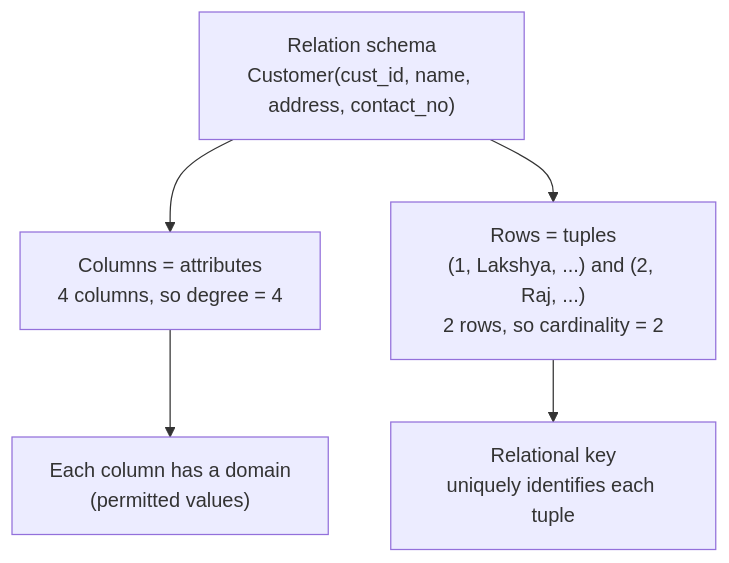
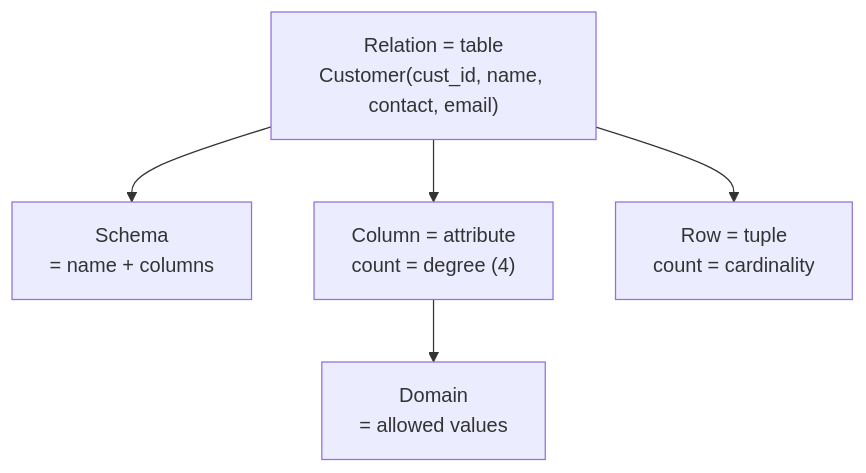
One commit to aaryan-pradhan/core-cs-fundamentals changed the second of 8 diagrams in dbms/07-relational-model.md. Above: the diagram before and after it, drawn with Mermaid. The commit also changed other lines of this file, not shown here.

First line of the commit message:
Rewrite DBMS lecture 7 as diagram-first notes

````diff
--- a/dbms/07-relational-model.md
+++ b/dbms/07-relational-model.md
@@ -44,8 +12,8 @@
-    ```mermaid
-    flowchart TB
-      S["Relation schema<br/>Customer(cust_id, name, address, contact_no)"]
-      S --> COL["Columns = attributes<br/>4 columns, so degree = 4"]
-      S --> ROW["Rows = tuples<br/>(1, Lakshya, ...) and (2, Raj, ...)<br/>2 rows, so cardinality = 2"]
-      COL --> DOM["Each column has a domain<br/>(permitted values)"]
-      ROW --> KEY["Relational key<br/>uniquely identifies each tuple"]
-    ```
+```mermaid
+flowchart TB
+  S["Relation = table<br/>Customer(cust_id, name, contact, email)"]
+  S --> SC["Schema<br/>= name + columns"]
+  S --> COL["Column = attribute<br/>count = degree (4)"]
+  S --> ROW["Row = tuple<br/>count = cardinality"]
+  COL --> DOM["Domain<br/>= allowed values"]
+```
````
